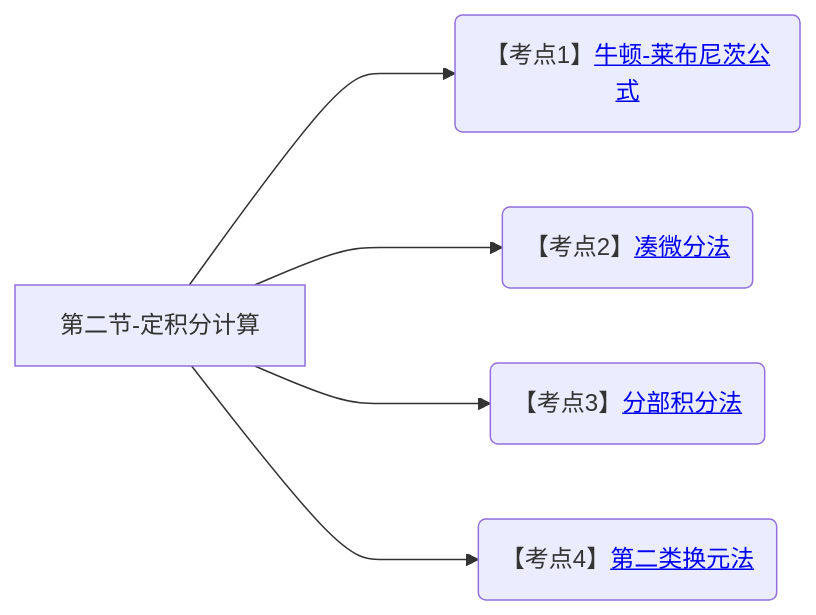
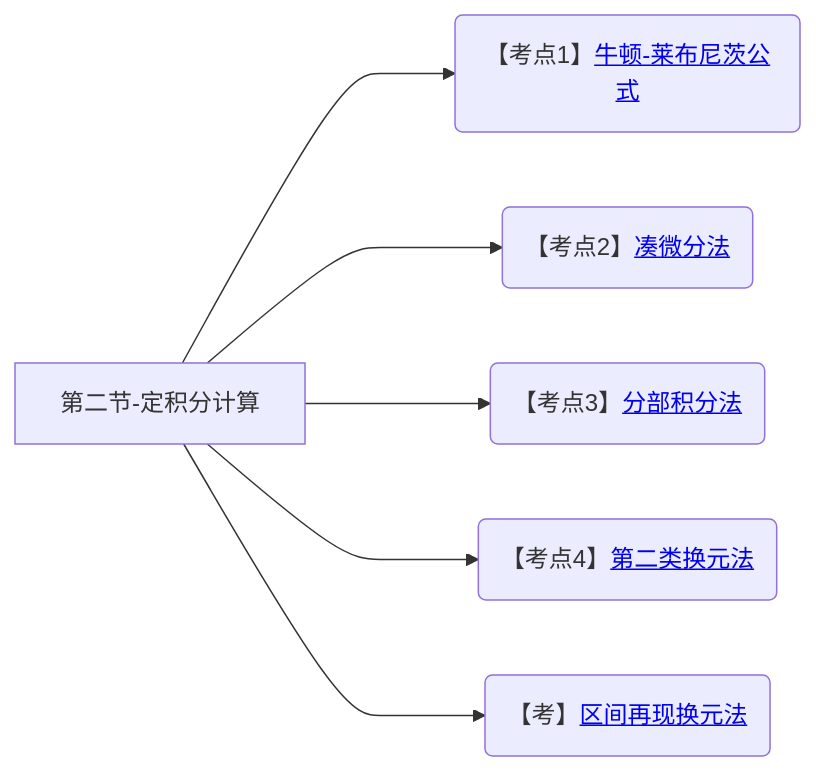
Diagram 20 of 20 in 笔记/数学/周洋鑫/01.基础班思维导图.md (yuebinghui/note), drawn with Mermaid before and after one commit. The commit also changed 8 other files, not shown here.

````diff
--- a/笔记/数学/周洋鑫/01.基础班思维导图.md
+++ b/笔记/数学/周洋鑫/01.基础班思维导图.md
@@ -757,11 +757,12 @@
 ```mermaid
 graph LR
 第二节-定积分计算
 
 第二节-定积分计算--->牛顿-莱布尼茨公式(【考点1】<a href="/Users/yuebinghui/Documents/program/github/note/笔记/数学/周洋鑫/基础班/23.定积分的计算.md#牛顿-莱布尼茨公式">牛顿-莱布尼茨公式</>)
 第二节-定积分计算--->凑微分法(【考点2】<a href="/Users/yuebinghui/Documents/program/github/note/笔记/数学/周洋鑫/基础班/23.定积分的计算.md#凑微分法">凑微分法</>)
 第二节-定积分计算--->分部积分法(【考点3】<a href="/Users/yuebinghui/Documents/program/github/note/笔记/数学/周洋鑫/基础班/23.定积分的计算.md#分部积分法">分部积分法</>)
 第二节-定积分计算--->第二类换元法(【考点4】<a href="/Users/yuebinghui/Documents/program/github/note/笔记/数学/周洋鑫/基础班/23.定积分的计算.md#第二类换元法">第二类换元法</>)
+第二节-定积分计算--->区间再现换元法(【考】<a href="/Users/yuebinghui/Documents/program/github/note/笔记/数学/周洋鑫/基础班/23.定积分的计算.md#区间再现换元法">区间再现换元法</>)
 
 
 ```
````
